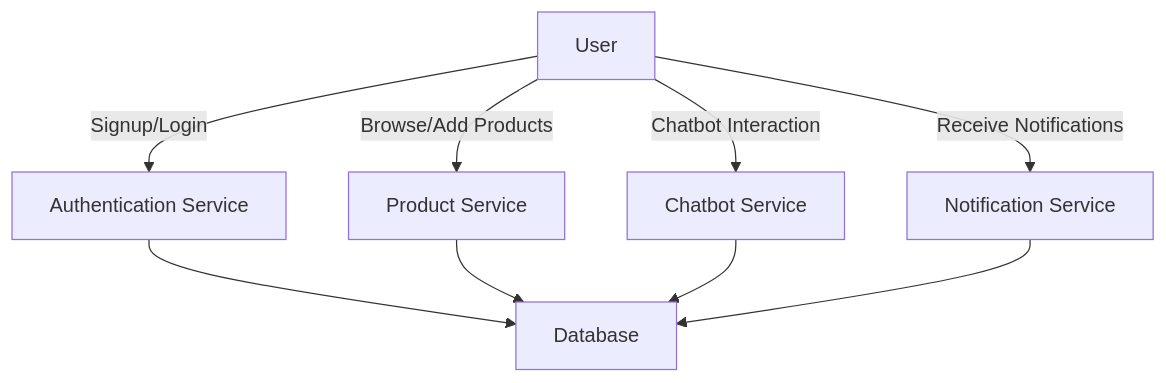
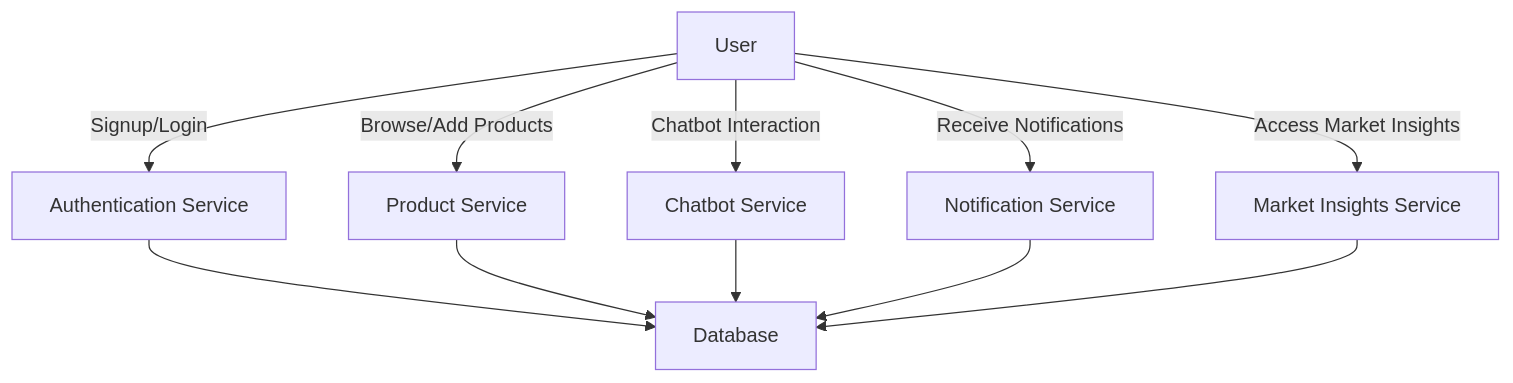
The second of 2 diagrams in README.md (RangiraDave/AgriConnect), drawn with Mermaid before and after one commit. The commit also changed other lines of this file and 14 other files, not shown here.

Commit message:
Added a separaatte buyer dashboard and Started working on market insights

````diff
--- a/README.md
+++ b/README.md
@@ -116,11 +128,13 @@
 ```mermaid
 graph TD
     A[User] -->|Signup/Login| B[Authentication Service]
     B --> C[Database]
     A -->|Browse/Add Products| D[Product Service]
     D --> C
     A -->|Chatbot Interaction| E[Chatbot Service]
     E --> C
     A -->|Receive Notifications| F[Notification Service]
     F --> C
+    A -->|Access Market Insights| G[Market Insights Service]
+    G --> C
 ```
````
